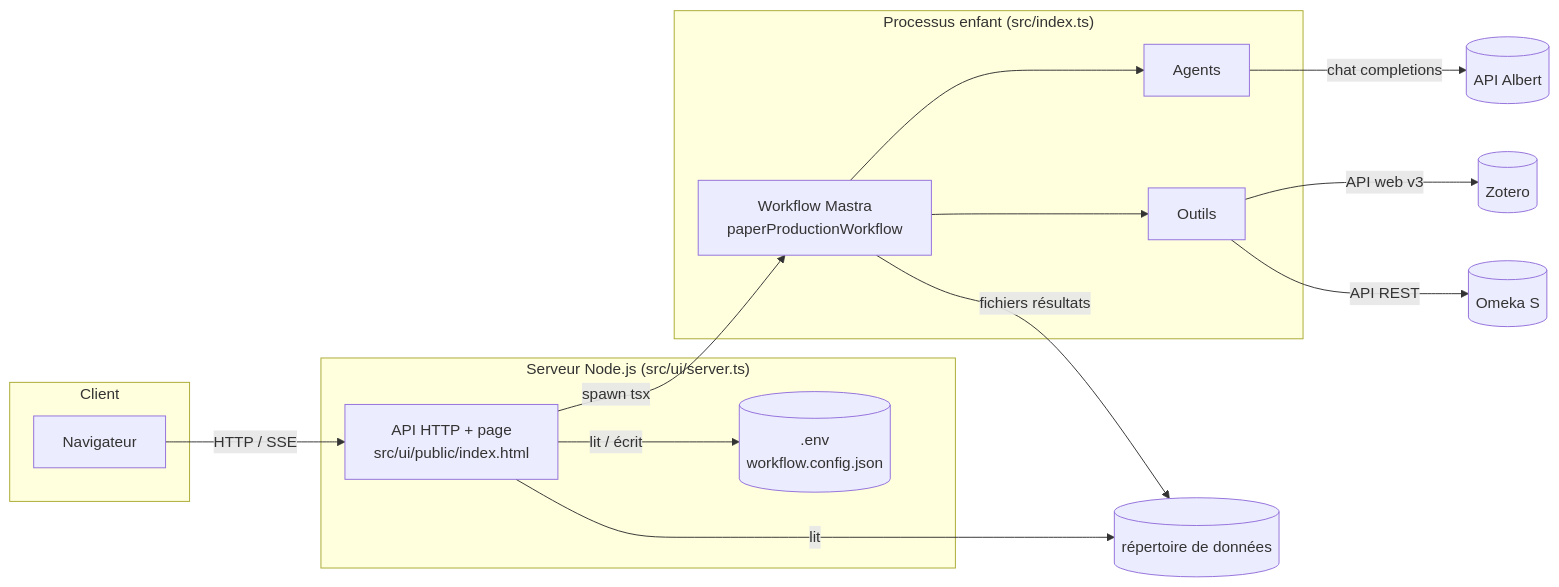
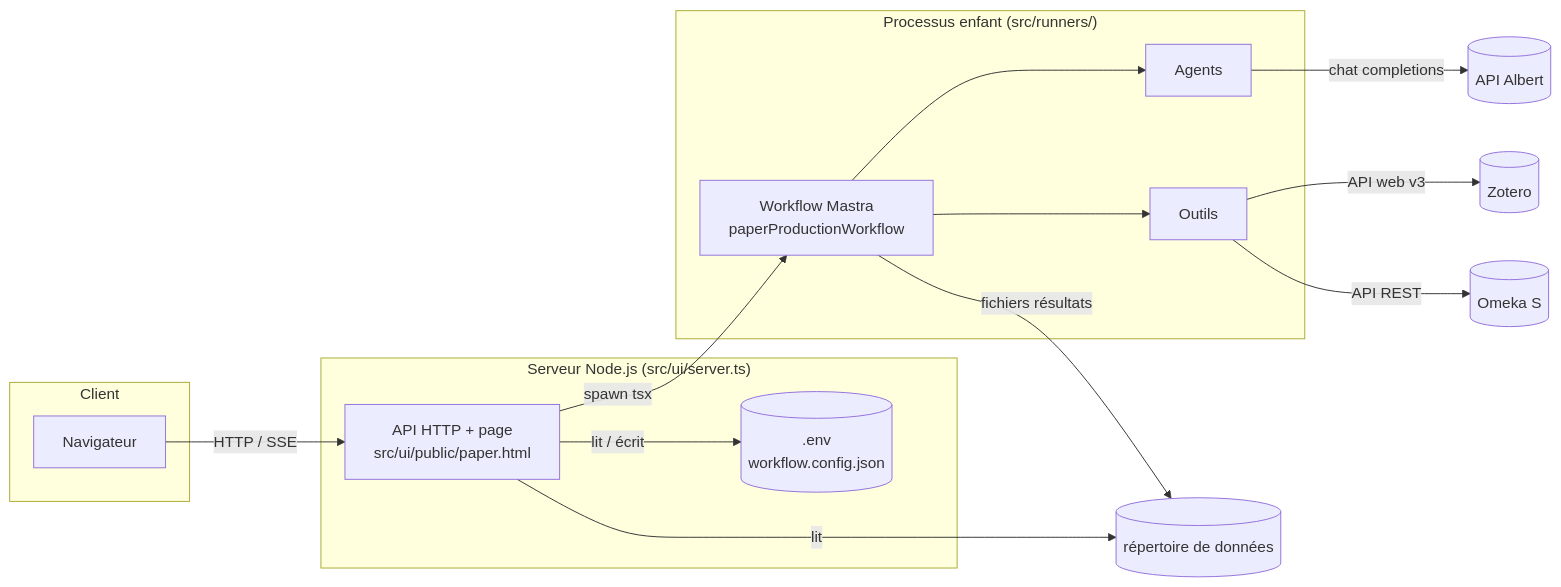
One commit to samszo/ecosysteme-agents-recherche changed the first of 8 diagrams in docs/technique.md. Above: the diagram before and after it, drawn with Mermaid. The commit also changed other lines of this file and 119 other files, not shown here.

````diff
--- a/docs/technique.md
+++ b/docs/technique.md
@@ -7,25 +7,25 @@
 ```mermaid
 flowchart LR
     subgraph Client
         NAV[Navigateur]
     end
     subgraph Serveur["Serveur Node.js (src/ui/server.ts)"]
-        UI[API HTTP + page<br/>src/ui/public/index.html]
+        UI[API HTTP + page<br/>src/ui/public/paper.html]
         CFG[(.env<br/>workflow.config.json)]
     end
-    subgraph Traitement["Processus enfant (src/index.ts)"]
+    subgraph Traitement["Processus enfant (src/runners/)"]
         WF[Workflow Mastra<br/>paperProductionWorkflow]
         AG[Agents]
         TL[Outils]
     end
     NAV -- HTTP / SSE --> UI
     UI -- lit / écrit --> CFG
     UI -- spawn tsx --> WF
     WF --> AG
     WF --> TL
     AG -- chat completions --> ALB[(API Albert)]
     TL -- API web v3 --> ZOT[(Zotero)]
     TL -- API REST --> OMK[(Omeka S)]
     WF -- fichiers résultats --> FS[(répertoire de données)]
     UI -- lit --> FS
 ```
````
